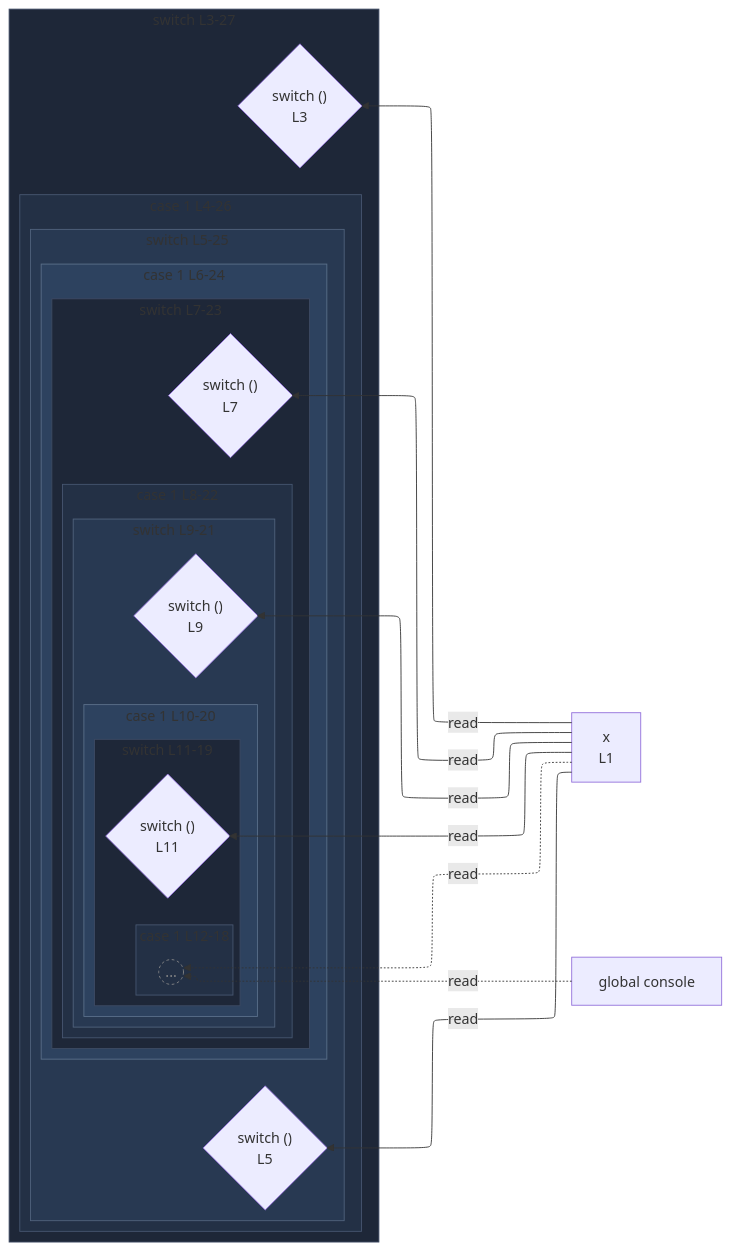
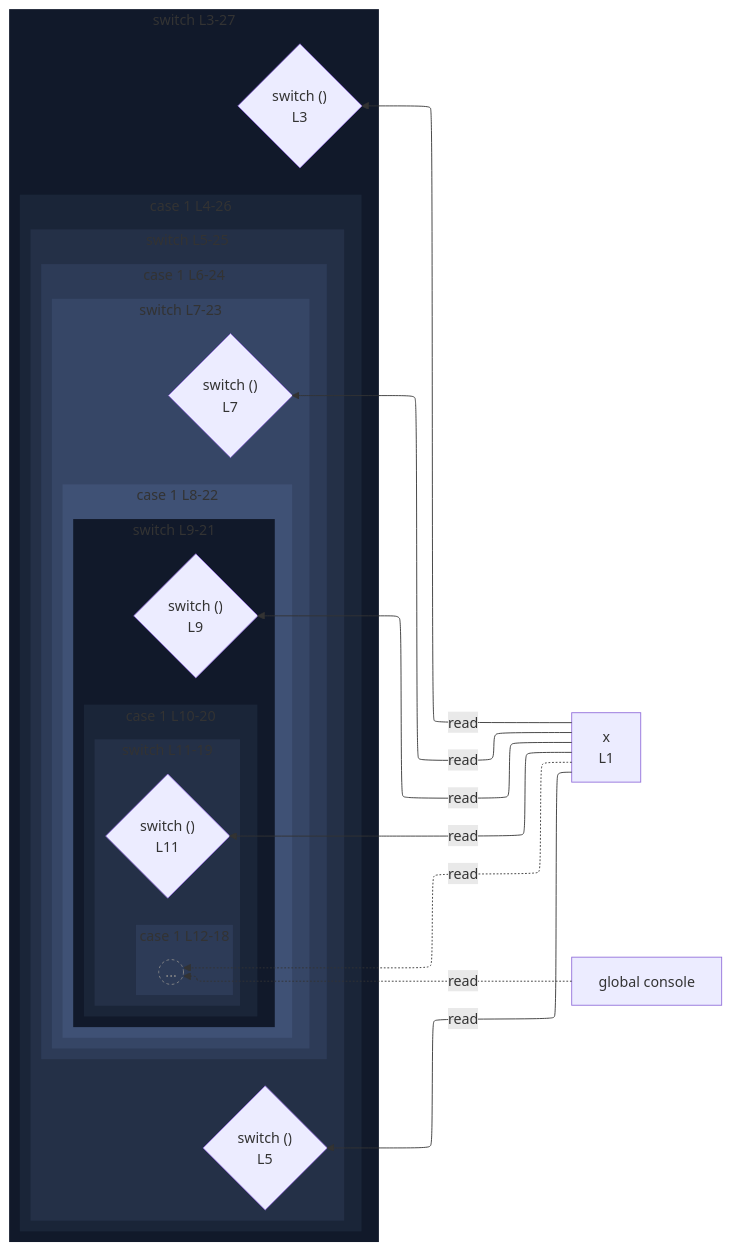
One commit to crescware/unsnarl changed the diagram in integration/fixtures/app-behavior/depth/switch/depth-5/preview.md. Above: the diagram before and after it, drawn with Mermaid. The commit also changed 263 other files, not shown here.

````diff
--- a/integration/fixtures/app-behavior/depth/switch/depth-5/preview.md
+++ b/integration/fixtures/app-behavior/depth/switch/depth-5/preview.md
@@ -43,65 +43,67 @@
 ```mermaid
 %%{init: {"flowchart": {"defaultRenderer": "elk"}}}%%
 flowchart RL
   n_scope_0_x_6["x<br/>L1"]
   n_scope_0_console_296["global console"]
   subgraph s_scope_1["switch L3-27"]
     direction RL
     switch_discriminant_scope_0_14{"switch ()<br/>L3"}
     subgraph s_scope_2["case 1 L4-26"]
       direction RL
       subgraph s_scope_3["switch L5-25"]
         direction RL
         switch_discriminant_scope_2_41{"switch ()<br/>L5"}
         subgraph s_scope_4["case 1 L6-24"]
           direction RL
           subgraph s_scope_5["switch L7-23"]
             direction RL
             switch_discriminant_scope_4_76{"switch ()<br/>L7"}
             subgraph s_scope_6["case 1 L8-22"]
               direction RL
               subgraph s_scope_7["switch L9-21"]
                 direction RL
                 switch_discriminant_scope_6_119{"switch ()<br/>L9"}
                 subgraph s_scope_8["case 1 L10-20"]
                   direction RL
                   subgraph s_scope_9["switch L11-19"]
                     direction RL
                     switch_discriminant_scope_8_170{"switch ()<br/>L11"}
                     subgraph s_scope_10["case 1 L12-18"]
                       direction RL
                       beyond_depth_s_scope_10((...))
                     end
                   end
                 end
               end
             end
           end
         end
       end
     end
   end
   n_scope_0_x_6 -->|read| switch_discriminant_scope_0_14
   n_scope_0_x_6 -->|read| switch_discriminant_scope_2_41
   n_scope_0_x_6 -->|read| switch_discriminant_scope_4_76
   n_scope_0_x_6 -->|read| switch_discriminant_scope_6_119
   n_scope_0_x_6 -->|read| switch_discriminant_scope_8_170
   n_scope_0_x_6 -.->|read| beyond_depth_s_scope_10
   n_scope_0_console_296 -.->|read| beyond_depth_s_scope_10
   classDef boundaryStub fill:transparent,stroke:#888,stroke-dasharray:3 3,color:#888;
   class beyond_depth_s_scope_10 boundaryStub;
-  classDef nestL1 fill:#1e2738,stroke:#3d4a63;
+  classDef nestL1 fill:#11192a,stroke:transparent;
   class s_scope_1 nestL1;
-  class s_scope_5 nestL1;
-  class s_scope_9 nestL1;
-  classDef nestL2 fill:#233045,stroke:#475670;
+  class s_scope_7 nestL1;
+  classDef nestL2 fill:#1a2538,stroke:transparent;
   class s_scope_2 nestL2;
-  class s_scope_6 nestL2;
-  class s_scope_10 nestL2;
-  classDef nestL3 fill:#283952,stroke:#51637d;
+  class s_scope_8 nestL2;
+  classDef nestL3 fill:#243047,stroke:transparent;
   class s_scope_3 nestL3;
-  class s_scope_7 nestL3;
-  classDef nestL4 fill:#2d425f,stroke:#5b708a;
+  class s_scope_9 nestL3;
+  classDef nestL4 fill:#2d3b57,stroke:transparent;
   class s_scope_4 nestL4;
-  class s_scope_8 nestL4;
+  class s_scope_10 nestL4;
+  classDef nestL5 fill:#364666,stroke:transparent;
+  class s_scope_5 nestL5;
+  classDef nestL6 fill:#3f5175,stroke:transparent;
+  class s_scope_6 nestL6;
 ```
````
